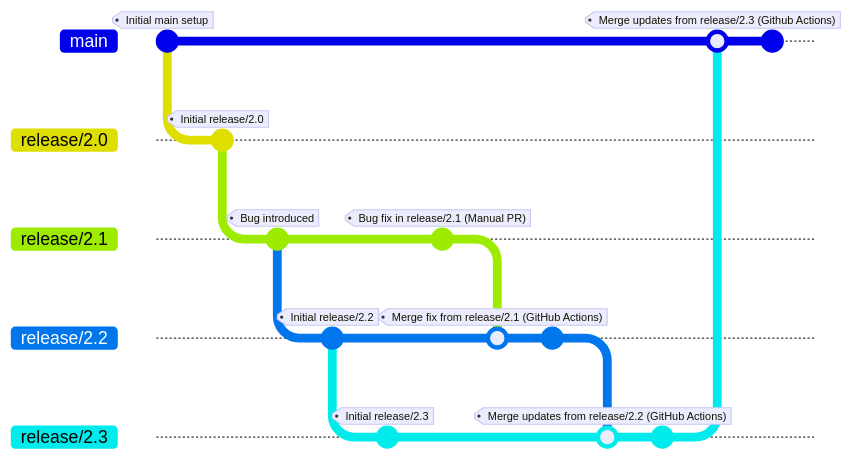
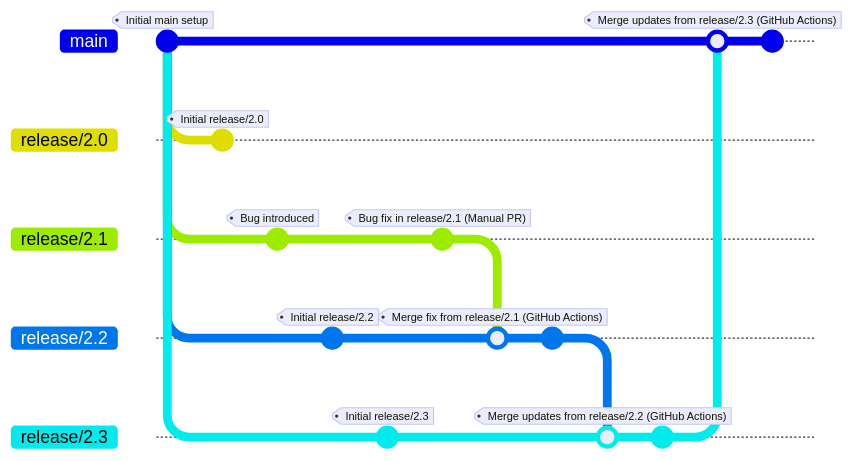
One commit to mongodb/mongo-go-driver changed the first of 2 diagrams in docs/CONTRIBUTING.md. Above: the diagram before and after it, drawn with Mermaid. Commit ids are hidden.

Commit message:
GODRIVER-3550 Update the mermaid graph

````diff
--- a/docs/CONTRIBUTING.md
+++ b/docs/CONTRIBUTING.md
@@ -69,35 +69,38 @@
 ```mermaid
 gitGraph
-  commit tag: "Initial main setup"
+   commit tag: "Initial main setup"
 
-  branch release/2.0
-  checkout release/2.0
-  commit tag: "Initial release/2.0"
+   branch release/2.0
+   checkout release/2.0
+   commit tag: "Initial release/2.0"
 
-  branch release/2.1
-  checkout release/2.1
-  commit tag: "Bug introduced"
+   checkout main
+   branch release/2.1
+   checkout release/2.1
+   commit tag: "Bug introduced"
 
-  branch release/2.2
-  checkout release/2.2
-  commit tag: "Initial release/2.2"
+   checkout main
+   branch release/2.2
+   checkout release/2.2
+   commit tag: "Initial release/2.2"
 
-  branch release/2.3
-  checkout release/2.3
-  commit tag: "Initial release/2.3"
+   checkout main
+   branch release/2.3
+   checkout release/2.3
+   commit tag: "Initial release/2.3"
 
-  checkout release/2.1
-  commit tag: "Bug fix in release/2.1 (Manual PR)"
+   checkout release/2.1
+   commit tag: "Bug fix in release/2.1 (Manual PR)"
 
-  checkout release/2.2
-  merge release/2.1 tag: "Merge fix from release/2.1 (GitHub Actions)"
-  commit
+   checkout release/2.2
+   merge release/2.1 tag: "Merge fix from release/2.1 (GitHub Actions)"
+   commit
 
-  checkout release/2.3
-  merge release/2.2 tag: "Merge updates from release/2.2 (GitHub Actions)"
-  commit
+   checkout release/2.3
+   merge release/2.2 tag: "Merge updates from release/2.2 (GitHub Actions)"
+   commit
 
-  checkout main
-  merge release/2.3 tag: "Merge updates from release/2.3 (Github Actions)"
-  commit
+   checkout main
+   merge release/2.3 tag: "Merge updates from release/2.3 (GitHub Actions)"
+   commit
 ```
````
